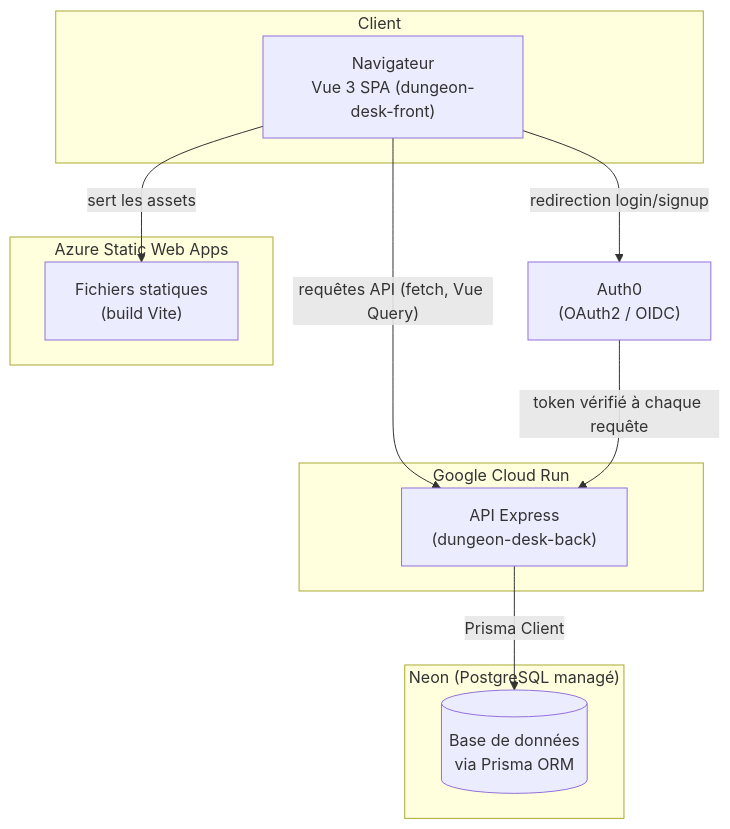
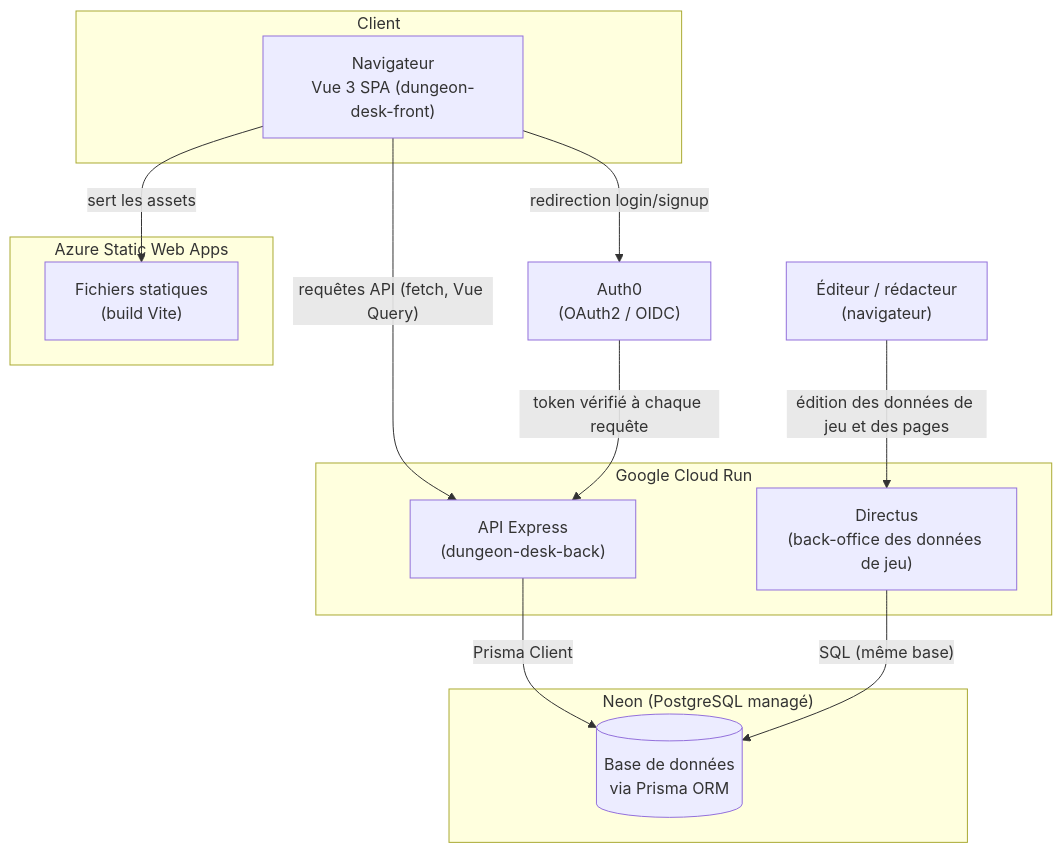
Before and after one commit to LucasGILLET/dungeon-desk: the diagram in docs/architecture-logicielle.md, drawn with Mermaid. The commit also changed other lines of this file and 14 other files, not shown here.

````diff
--- a/docs/architecture-logicielle.md
+++ b/docs/architecture-logicielle.md
@@ -5,26 +12,30 @@
 ```mermaid
 flowchart TB
     subgraph Client
         Browser["Navigateur\nVue 3 SPA (dungeon-desk-front)"]
     end
 
     subgraph Azure["Azure Static Web Apps"]
         Front["Fichiers statiques\n(build Vite)"]
     end
 
     subgraph GCP["Google Cloud Run"]
         API["API Express\n(dungeon-desk-back)"]
+        Directus["Directus\n(back-office des données de jeu)"]
     end
 
     subgraph Neon["Neon (PostgreSQL managé)"]
         DB[("Base de données\nvia Prisma ORM")]
     end
 
     Auth0["Auth0\n(OAuth2 / OIDC)"]
+    Editor["Éditeur / rédacteur\n(navigateur)"]
 
     Browser -- "sert les assets" --> Front
     Browser -- "requêtes API (fetch, Vue Query)" --> API
     Browser -- "redirection login/signup" --> Auth0
     Auth0 -- "token vérifié à chaque requête" --> API
     API -- "Prisma Client" --> DB
+    Editor -- "édition des données de jeu et des pages" --> Directus
+    Directus -- "SQL (même base)" --> DB
 ```
````
